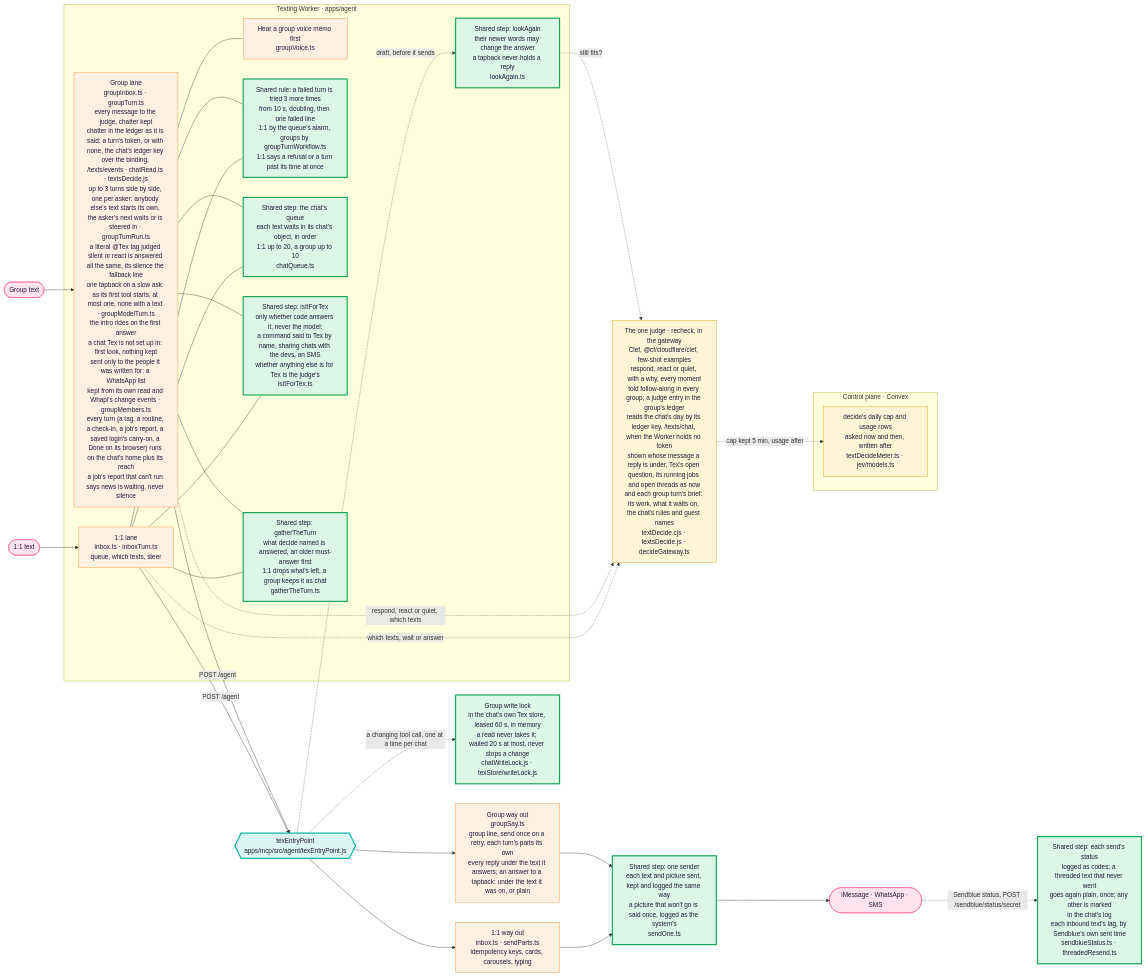
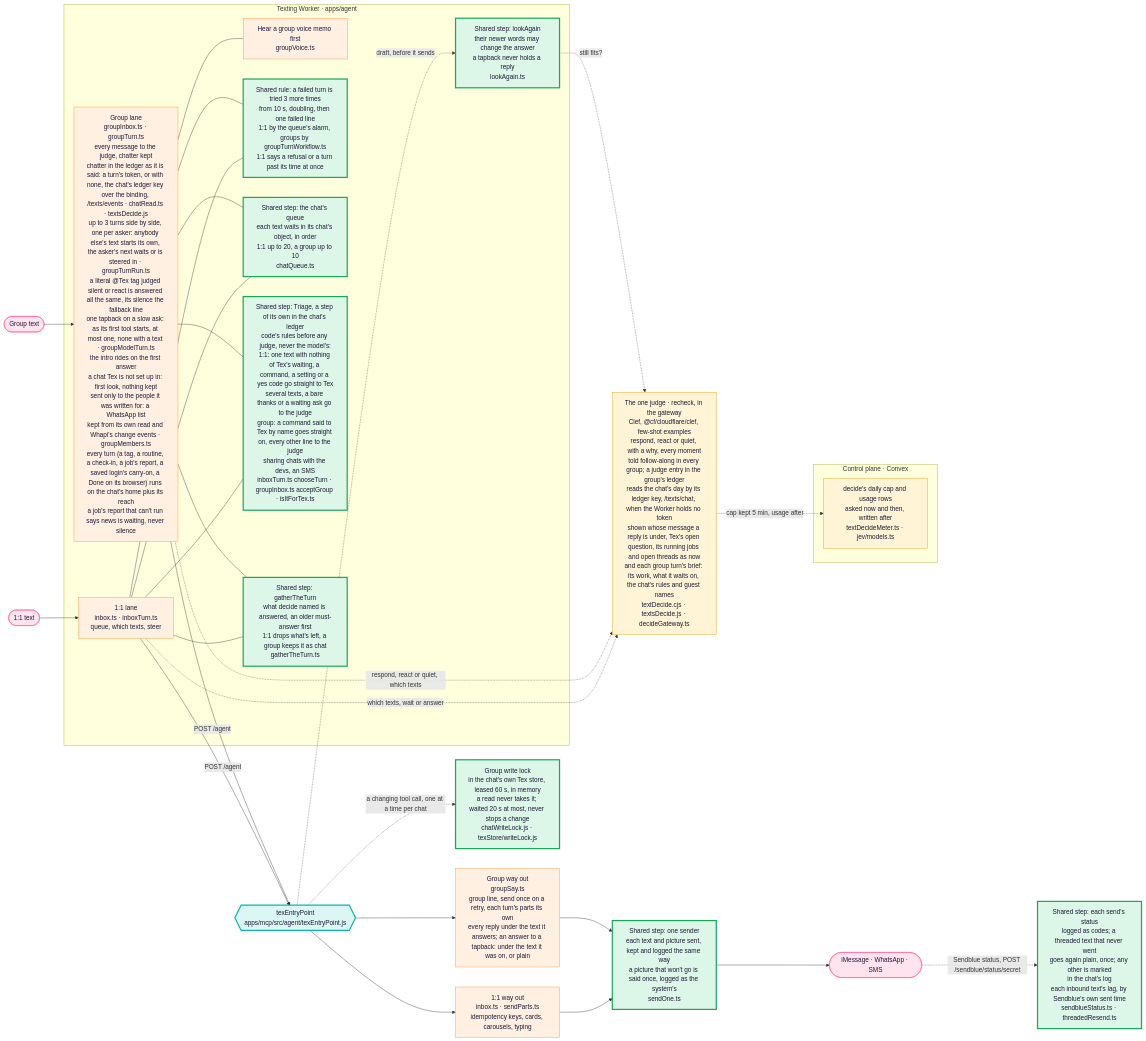
Before and after one commit to Supa-Media/context: the first of 4 diagrams in docs/architecture/tex.md, drawn with Mermaid. The commit also changed other lines of this file and 40 other files, not shown here.

First line of the commit message:
Tex: Triage is a step of its own, and the config's wires run Tex (graph runner, step 1) (#3299)

````diff
--- a/docs/architecture/tex.md
+++ b/docs/architecture/tex.md
@@ -22,48 +22,48 @@
 ```mermaid
 flowchart LR
   P1([1:1 text]):::you --> W1
   P2([Group text]):::you --> W2
   subgraph Worker["Texting Worker · apps/agent"]
     W1["1:1 lane<br/>inbox.ts · inboxTurn.ts<br/>queue, which texts, steer"]:::pipe
     W2["Group lane<br/>groupInbox.ts · groupTurn.ts<br/>every message to the judge, chatter kept<br/>chatter in the ledger as it is said: a turn's token, or with none, the chat's ledger key over the binding, /texts/events · chatRead.ts · textsDecide.js<br/>up to 3 turns side by side, one per asker: anybody else's text starts its own, the asker's next waits or is steered in · groupTurnRun.ts<br/>a literal @Tex tag judged silent or react is answered all the same, its silence the fallback line<br/>one tapback on a slow ask: as its first tool starts, at most one, none with a text · groupModelTurn.ts<br/>the intro rides on the first answer<br/>a chat Tex is not set up in: first look, nothing kept<br/>sent only to the people it was written for: a WhatsApp list<br/>kept from its own read and Whapi's change events · groupMembers.ts<br/>every turn (a tag, a routine, a check-in, a job's report, a saved login's carry-on, a Done on its browser) runs on the chat's home plus its reach<br/>a job's report that can't run says news is waiting, never silence"]:::pipe
     H["Hear a group voice memo first<br/>groupVoice.ts"]:::pipe
     W2 --- H
     LA["Shared step: lookAgain<br/>their newer words may change the answer<br/>a tapback never holds a reply<br/>lookAgain.ts"]:::shared
     RT["Shared rule: a failed turn is tried 3 more times<br/>from 10 s, doubling, then one failed line<br/>1:1 by the queue's alarm, groups by groupTurnWorkflow.ts<br/>1:1 says a refusal or a turn past its time at once"]:::shared
     W1 --- RT
     W2 --- RT
     Q["Shared step: the chat's queue<br/>each text waits in its chat's object, in order<br/>1:1 up to 20, a group up to 10<br/>chatQueue.ts"]:::shared
     W1 --- Q
     W2 --- Q
-    FT["Shared step: isItForTex<br/>only whether code answers it, never the model:<br/>a command said to Tex by name, sharing chats with the devs, an SMS<br/>whether anything else is for Tex is the judge's<br/>isItForTex.ts"]:::shared
+    FT["Shared step: Triage, a step of its own in the chat's ledger<br/>code's rules before any judge, never the model's:<br/>1:1: one text with nothing of Tex's waiting, a command, a setting or a yes code go straight to Tex<br/>several texts, a bare thanks or a waiting ask go to the judge<br/>group: a command said to Tex by name goes straight on, every other line to the judge<br/>sharing chats with the devs, an SMS<br/>inboxTurn.ts chooseTurn · groupInbox.ts acceptGroup · isItForTex.ts"]:::shared
     W1 --- FT
     W2 --- FT
     GT["Shared step: gatherTheTurn<br/>what decide named is answered, an older must-answer first<br/>1:1 drops what's left, a group keeps it as chat<br/>gatherTheTurn.ts"]:::shared
     W1 --- GT
     W2 --- GT
   end
   D["The one judge · recheck, in the gateway<br/>Clef, @cf/cloudflare/clef, few-shot examples<br/>respond, react or quiet, with a why, every moment<br/>told follow-along in every group; a judge entry in the group's ledger<br/>reads the chat's day by its ledger key, /texts/chat, when the Worker holds no token<br/>shown whose message a reply is under, Tex's open question, its running jobs and open threads as now<br/>and each group turn's brief: its work, what it waits on, the chat's rules and guest names<br/>textDecide.cjs · textsDecide.js · decideGateway.ts"]:::judge
   subgraph Control["Control plane · Convex"]
     CAP["decide's daily cap and usage rows<br/>asked now and then, written after<br/>textDecideMeter.ts · jev/models.ts"]:::judge
   end
   D -. cap kept 5 min, usage after .-> CAP
   W1 -. which texts, wait or answer .-> D
   W2 -. respond, react or quiet, which texts .-> D
   E -. draft, before it sends .-> LA
   LA -. still fits? .-> D
   W1 -->|POST /agent| E
   W2 -->|POST /agent| E
   E{{"texEntryPoint<br/>apps/mcp/src/agent/texEntryPoint.js"}}:::door
   E --> S1["1:1 way out<br/>inbox.ts · sendParts.ts<br/>idempotency keys, cards, carousels, typing"]:::pipe
   E --> S2["Group way out<br/>groupSay.ts<br/>group line, send once on a retry, each turn's parts its own<br/>every reply under the text it answers; an answer to a tapback: under the text it was on, or plain"]:::pipe
   E -. "a changing tool call, one at a time per chat" .-> WL["Group write lock<br/>in the chat's own Tex store, leased 60 s, in memory<br/>a read never takes it; waited 20 s at most, never stops a change<br/>chatWriteLock.js · texStore/writeLock.js"]:::shared
   S1 --> SO["Shared step: one sender<br/>each text and picture sent, kept and logged the same way<br/>a picture that won't go is said once, logged as the system's<br/>sendOne.ts"]:::shared
   S2 --> SO
   SO --> Out([iMessage · WhatsApp · SMS]):::you
   Out -. "Sendblue status, POST /sendblue/status/secret" .-> ST["Shared step: each send's status<br/>logged as codes; a threaded text that never went<br/>goes again plain, once; any other is marked<br/>in the chat's log<br/>each inbound text's lag, by Sendblue's own sent time<br/>sendblueStatus.ts · threadedResend.ts"]:::shared
   classDef you fill:#ffe3ee,stroke:#ff4f8b,color:#1d1838
   classDef pipe fill:#fff0e2,stroke:#ff8a2a,color:#1d1838
   classDef door fill:#dcf7f3,stroke:#11b5a4,stroke-width:3px,color:#1d1838
   classDef judge fill:#fff5d6,stroke:#e09a00,color:#1d1838
   classDef shared fill:#dcf6e7,stroke:#19a75a,stroke-width:3px,color:#1d1838
 ```
````
